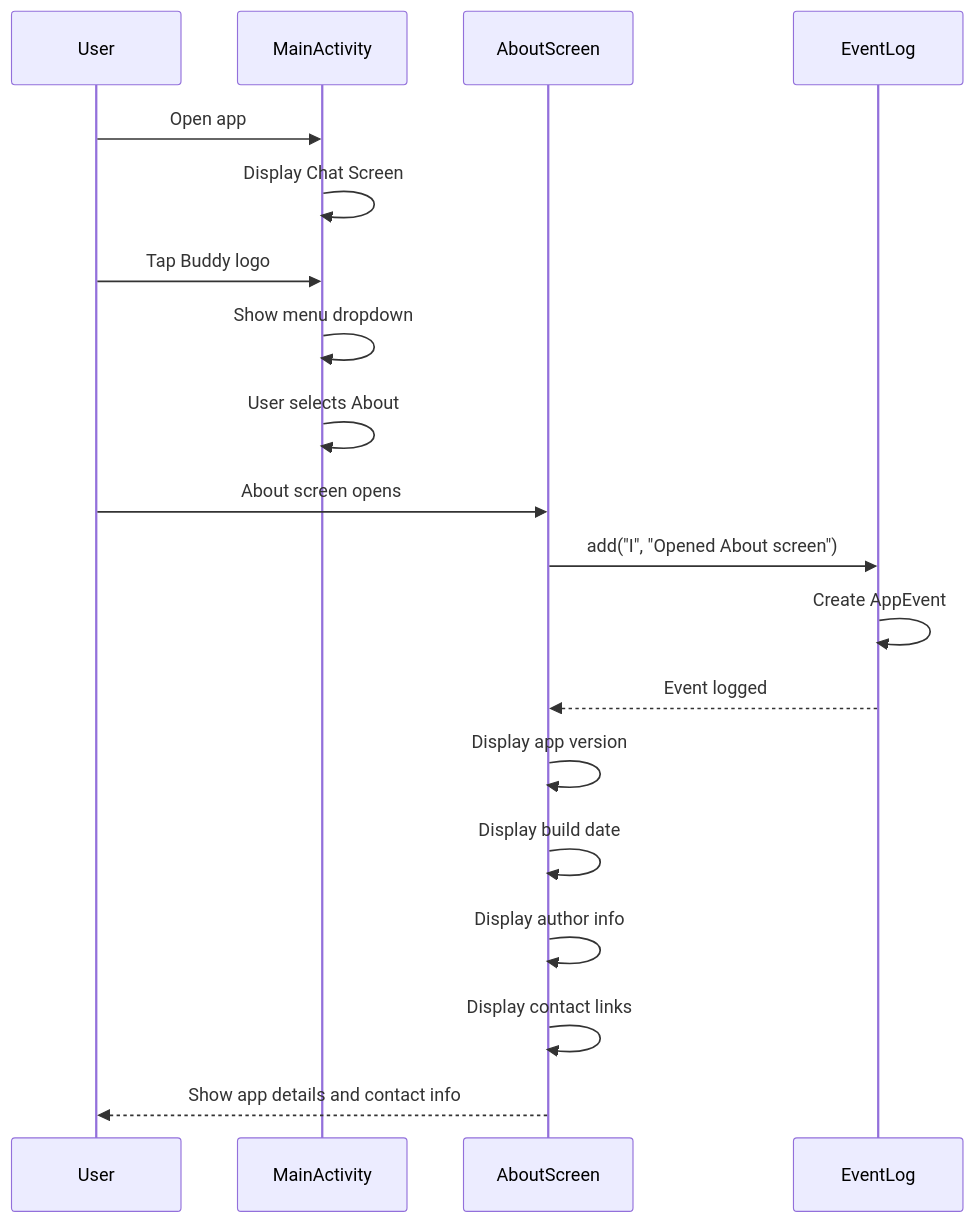
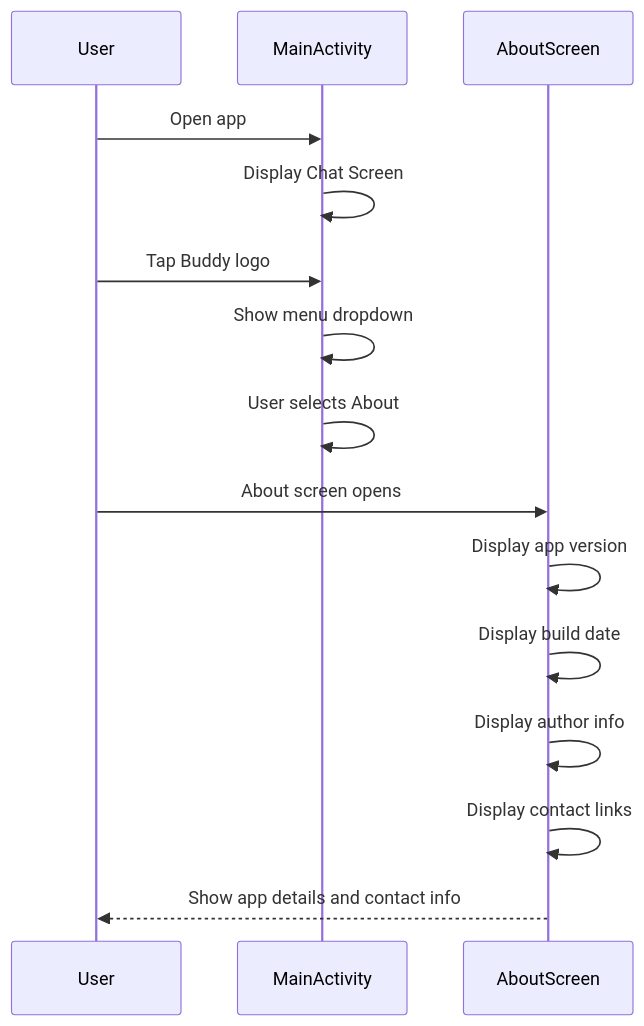
The seventh of 10 diagrams in docs/seq_others.md (lehoang318/buddy), drawn with Mermaid before and after one commit. The commit also changed other lines of this file and 7 other files, not shown here.

````diff
--- a/docs/seq_others.md
+++ b/docs/seq_others.md
@@ -230,26 +228,22 @@
 ```mermaid
 sequenceDiagram
     participant User
     participant MainActivity
     participant AboutScreen
-    participant EventLog
 
     User->>MainActivity: Open app
     MainActivity->>MainActivity: Display Chat Screen
 
     User->>MainActivity: Tap Buddy logo
     MainActivity->>MainActivity: Show menu dropdown
     MainActivity->>MainActivity: User selects About
 
     User->>AboutScreen: About screen opens
-    AboutScreen->>EventLog: add("I", "Opened About screen")
-    EventLog->>EventLog: Create AppEvent
-    EventLog-->>AboutScreen: Event logged
 
     AboutScreen->>AboutScreen: Display app version
     AboutScreen->>AboutScreen: Display build date
     AboutScreen->>AboutScreen: Display author info
     AboutScreen->>AboutScreen: Display contact links
 
     AboutScreen-->>User: Show app details and contact info
 ```
````
